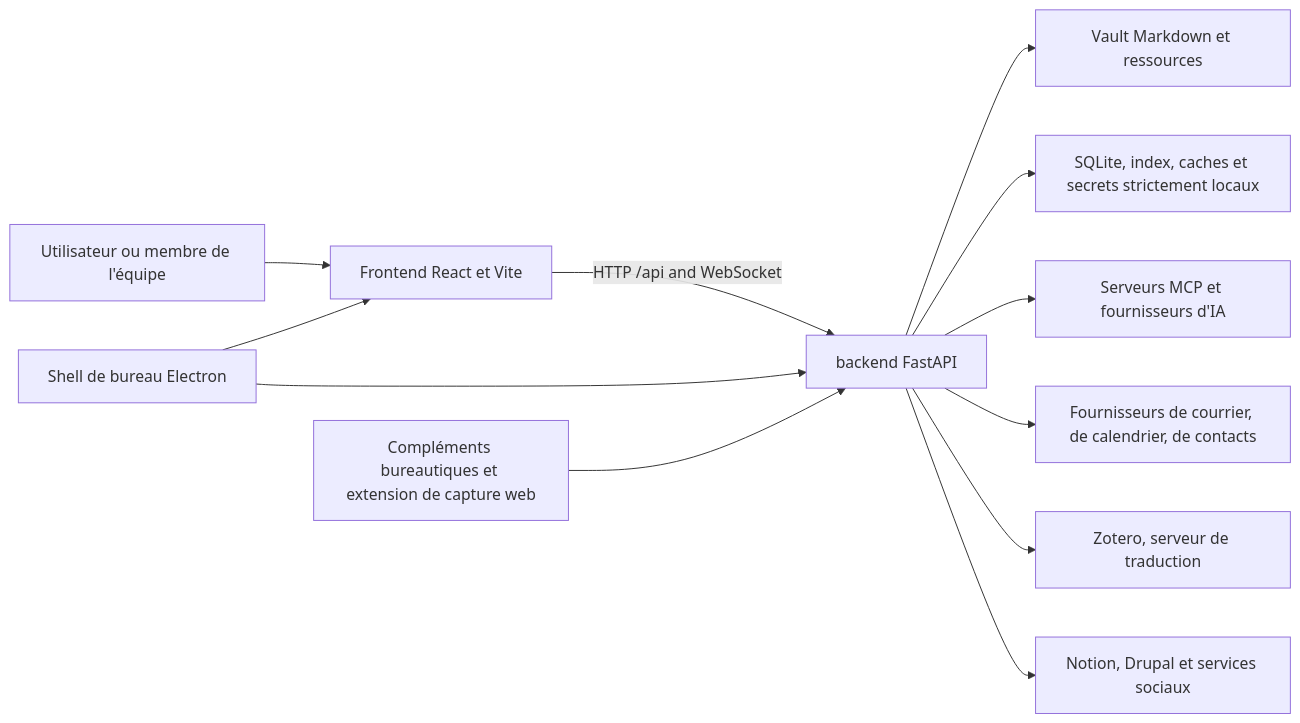
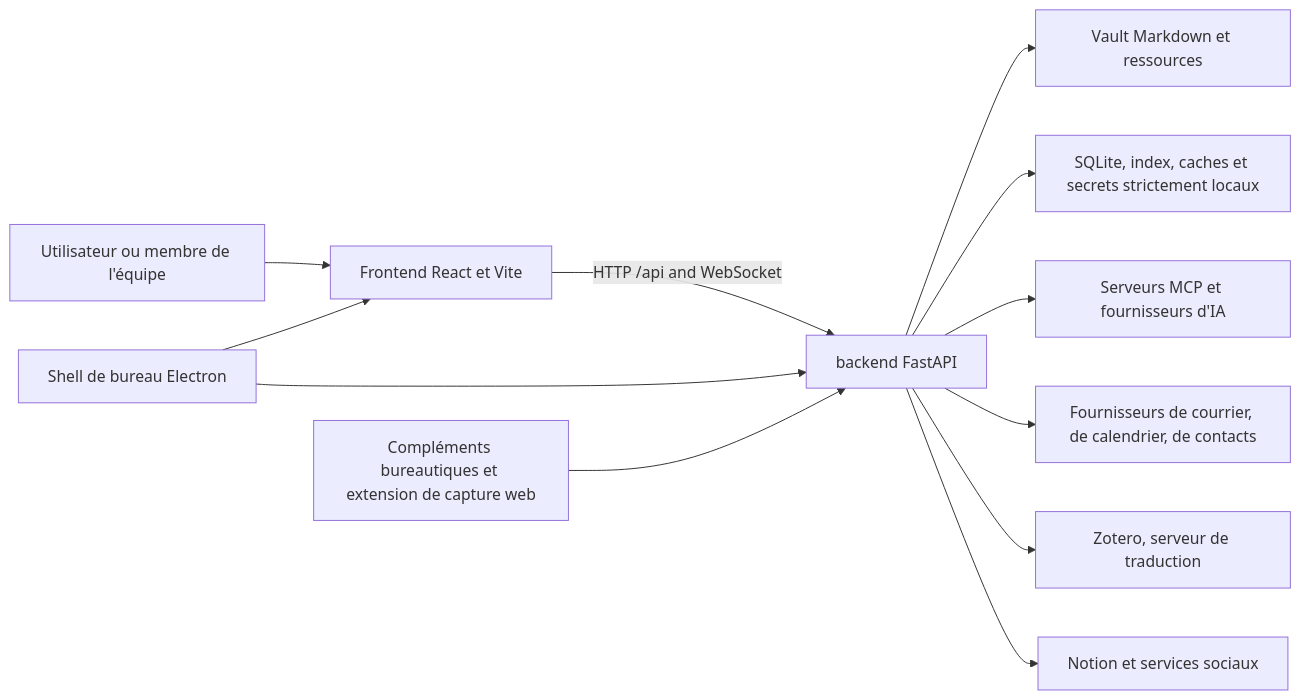
One commit to ismigar/Gnosi changed the diagram in docs/engineering-fr/architecture/system-context.md. Above: the diagram before and after it, drawn with Mermaid. The commit also changed other lines of this file and 203 other files, not shown here.

````diff
--- a/docs/engineering-fr/architecture/system-context.md
+++ b/docs/engineering-fr/architecture/system-context.md
@@ -33,14 +33,14 @@
 ```mermaid
 flowchart LR
     User["Utilisateur ou membre de l'équipe"] --> UI["Frontend React et Vite"]
     UI -->|HTTP /api and WebSocket| API["backend FastAPI"]
     API --> Vault["Vault Markdown et ressources"]
     API --> Local["SQLite, index, caches et secrets strictement locaux"]
     API --> MCP["Serveurs MCP et fournisseurs d'IA"]
     API --> Comms["Fournisseurs de courrier, de calendrier, de contacts"]
     API --> Zotero["Zotero, serveur de traduction"]
-    API --> Publish["Notion, Drupal et services sociaux"]
+    API --> Publish["Notion et services sociaux"]
     Desktop["Shell de bureau Electron"] --> UI
     Desktop --> API
     Office["Compléments bureautiques et extension de capture web"] --> API
 ```
````
